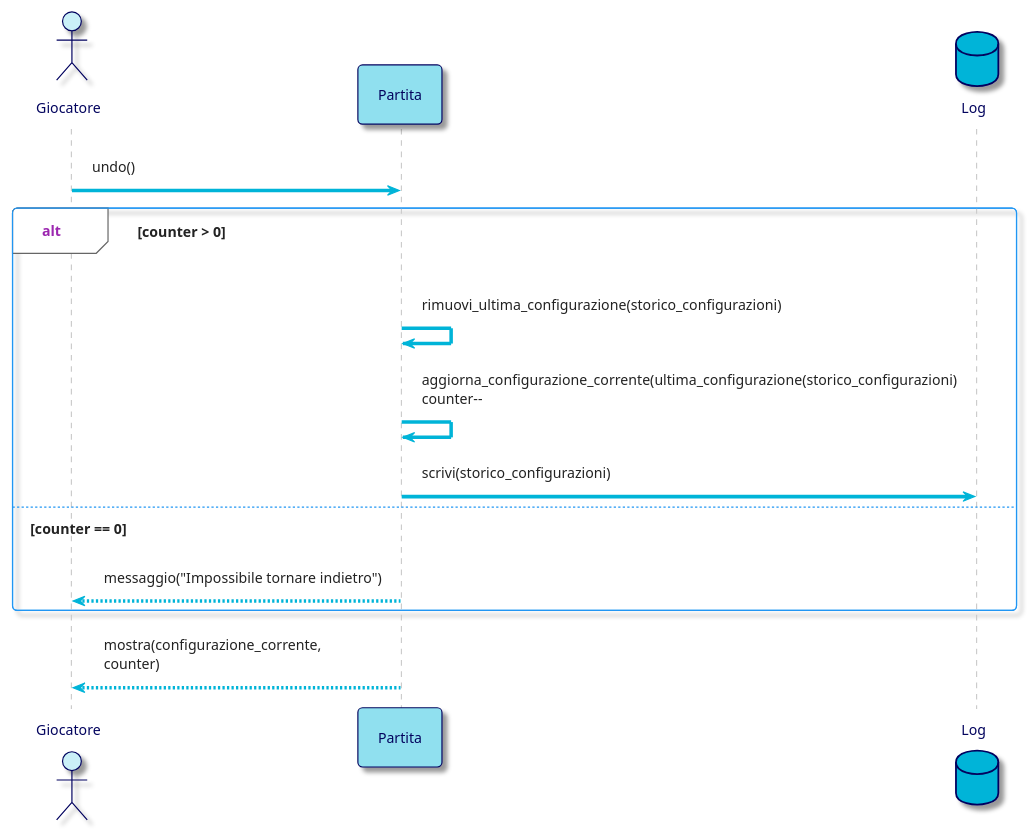
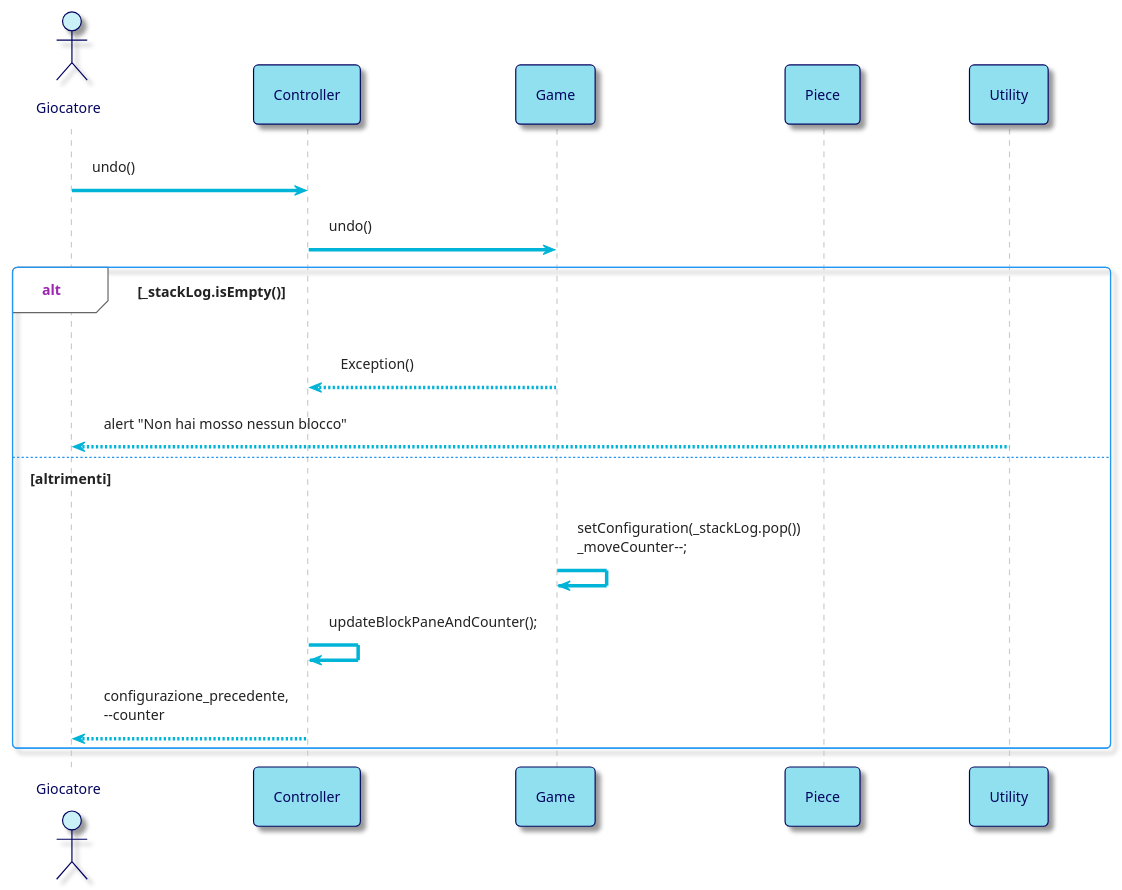
The fourth of 7 diagrams in resources/Sequence_Diagrams.md (bellins14/klotski_gruppo2), drawn with PlantUML before and after one commit.

````diff
--- a/resources/Sequence_Diagrams.md
+++ b/resources/Sequence_Diagrams.md
@@ -205,34 +204,38 @@
 ```plantuml
 @startuml
 !theme materia-outline
 
 skinparam ArrowColor #00B4D8
 skinparam ActorBorderColor #03045E
 skinparam ActorFontColor #03045E
 skinparam ActorBackgroundColor #CAF0F8
 skinparam ParticipantFontColor #03045E
 skinparam ParticipantBorderColor #03045E
 skinparam ParticipantBackgroundColor #90E0EF
 skinparam DatabaseBorderColor #03045E
 skinparam DatabaseBackgroundColor #00B4D8
 skinparam DatabaseFontColor #03045E
 skinparam BackgroundColor #FFFFFF
 
 actor Giocatore 
-participant Partita
-database Log
+participant Controller
+participant Game
+participant Piece
 
-Giocatore -> Partita: undo()
 
-alt counter > 0
-  Partita -> Partita: rimuovi_ultima_configurazione(storico_configurazioni)
-  Partita -> Partita: aggiorna_configurazione_corrente(ultima_configurazione(storico_configurazioni)\ncounter--
-  Partita -> Log: scrivi(storico_configurazioni)
-else counter == 0
-  Partita --> Giocatore: messaggio("Impossibile tornare indietro")
+Giocatore -> Controller: undo()
+Controller -> Game: undo()
+
+alt _stackLog.isEmpty()
+Game --> Controller: Exception()
+Utility --> Giocatore: alert "Non hai mosso nessun blocco"
+
+else altrimenti
+Game -> Game: setConfiguration(_stackLog.pop()) \n_moveCounter--;
+Controller -> Controller: updateBlockPaneAndCounter();
+Controller --> Giocatore: configurazione_precedente,\n--counter
+
 end
-
-Partita --> Giocatore: mostra(configurazione_corrente,\ncounter)
 
 @enduml
 ```
````
